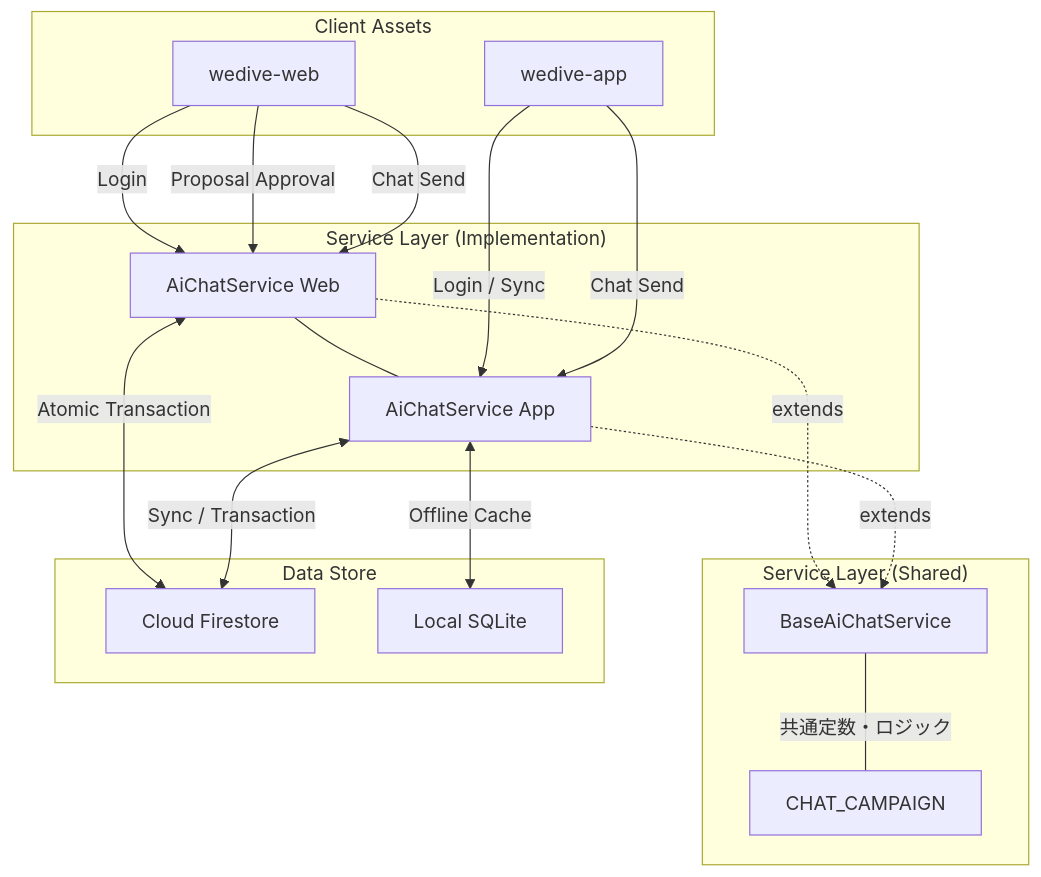
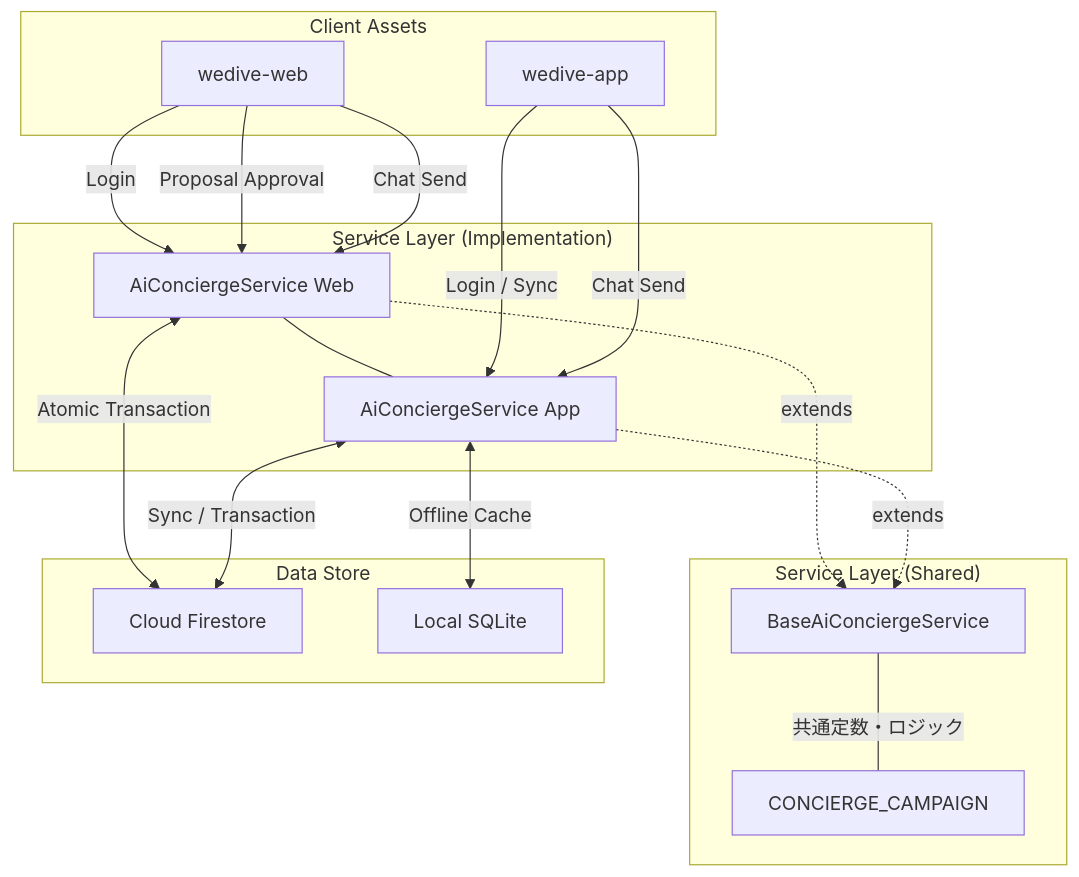
The diagram in FUNCTIONALITY.md (cloud-solutions-ttakeuchi/wedive), drawn with Mermaid before and after one commit. The commit also changed other lines of this file and 13 other files, not shown here.

````diff
--- a/FUNCTIONALITY.md
+++ b/FUNCTIONALITY.md
@@ -160,37 +160,37 @@
 ```mermaid
 graph TD
     subgraph "Client Assets"
         Web[wedive-web]
         App[wedive-app]
     end
 
     subgraph "Service Layer (Shared)"
-        BaseService[BaseAiChatService]
-        BaseService ---|共通定数・ロジック| CHAT_CAMPAIGN
+        BaseService[BaseAiConciergeService]
+        BaseService ---|共通定数・ロジック| CONCIERGE_CAMPAIGN
     end
 
     subgraph "Service Layer (Implementation)"
-        AiWeb[AiChatService Web]
-        AiApp[AiChatService App]
+        AiWeb[AiConciergeService Web]
+        AiApp[AiConciergeService App]
         AiWeb --- AiApp
         AiWeb -.->|extends| BaseService
         AiApp -.->|extends| BaseService
     end
 
     subgraph "Data Store"
         Firestore[Cloud Firestore]
         SQLite[Local SQLite]
     end
 
     %% Web Calls
     Web -->|Login| AiWeb
     Web -->|Proposal Approval| AiWeb
     Web -->|Chat Send| AiWeb
     AiWeb <-->|Atomic Transaction| Firestore
 
     %% App Calls
     App -->|Login / Sync| AiApp
     App -->|Chat Send| AiApp
     AiApp <-->|Sync / Transaction| Firestore
     AiApp <-->|Offline Cache| SQLite
 ```
````
